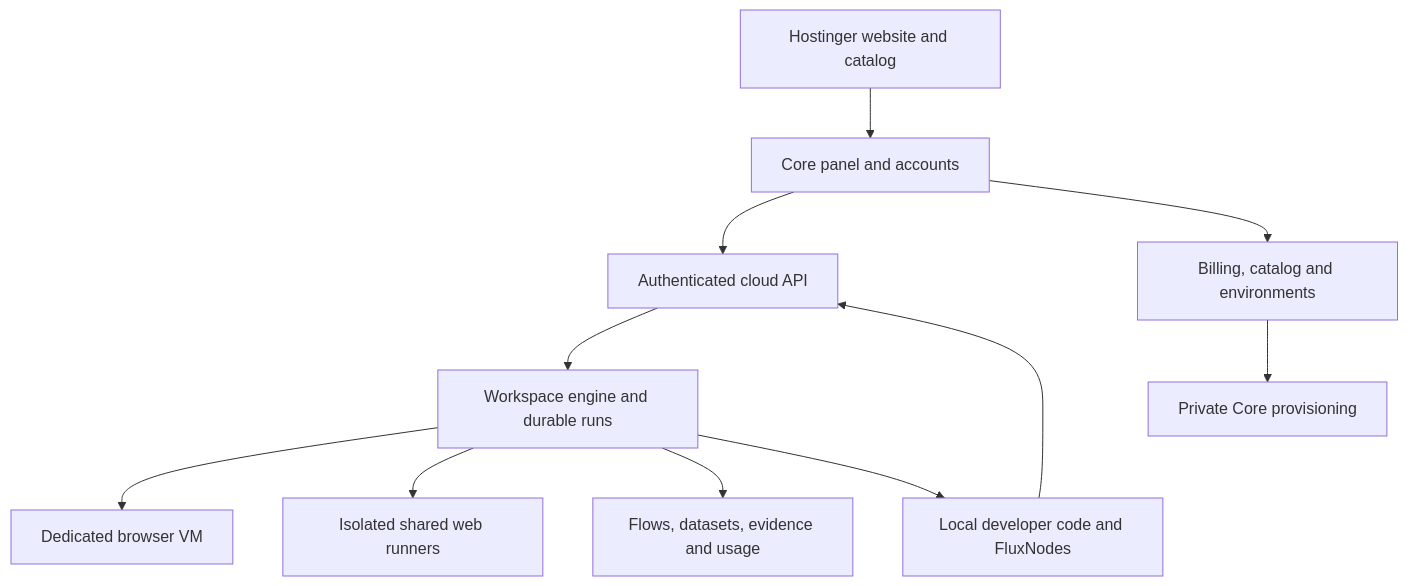
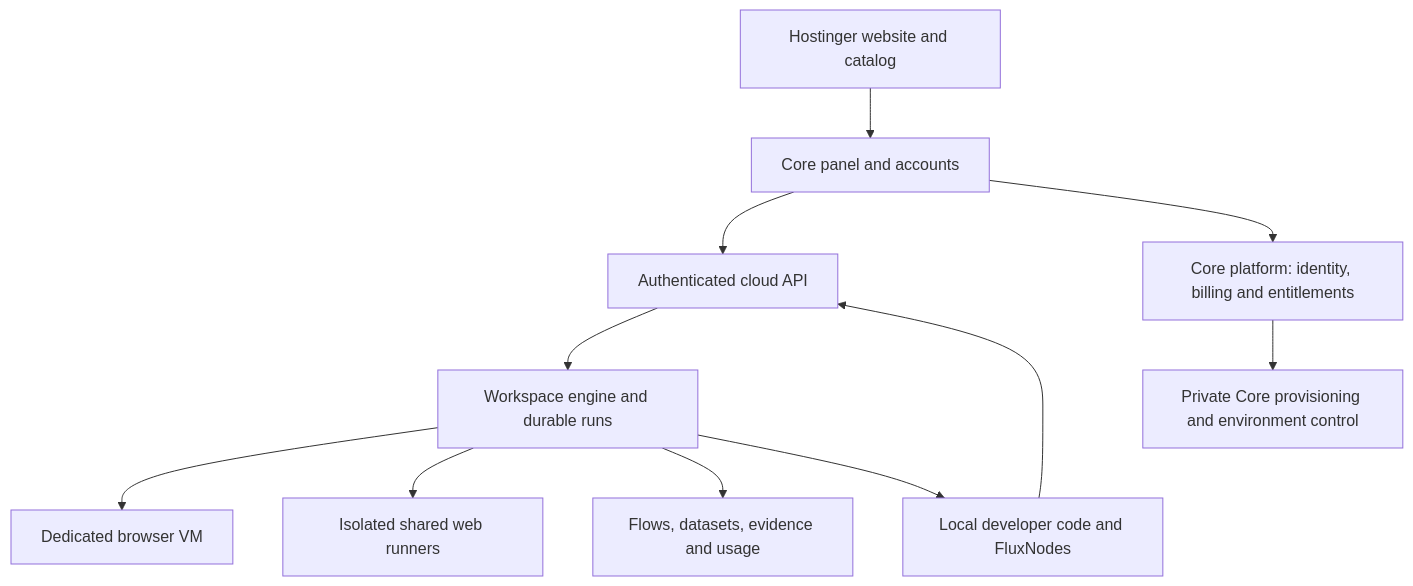
Before and after one commit to aidens113/FluxIQWebExtension: the first of 2 diagrams in docs/working/hosted-platform-launch-plan.md, drawn with Mermaid. The commit also changed other lines of this file and 1 other file, not shown here.

Commit message:
docs: place cloud platform services in Core and clarify hosting

````diff
--- a/docs/working/hosted-platform-launch-plan.md
+++ b/docs/working/hosted-platform-launch-plan.md
@@ -54,13 +56,13 @@
 ```mermaid
 flowchart TD
     Site[Hostinger website and catalog] --> App[Core panel and accounts]
     Local[Local developer code and FluxNodes] --> API[Authenticated cloud API]
     App --> API
     API --> Engine[Workspace engine and durable runs]
     Engine --> Dedicated[Dedicated browser VM]
     Engine --> Shared[Isolated shared web runners]
     Engine --> Data[Flows, datasets, evidence and usage]
     Engine --> Local
-    App --> Product[Billing, catalog and environments]
-    Product --> Private[Private Core provisioning]
+    App --> Platform[Core platform: identity, billing and entitlements]
+    Platform --> Private[Private Core provisioning and environment control]
 ```
````
